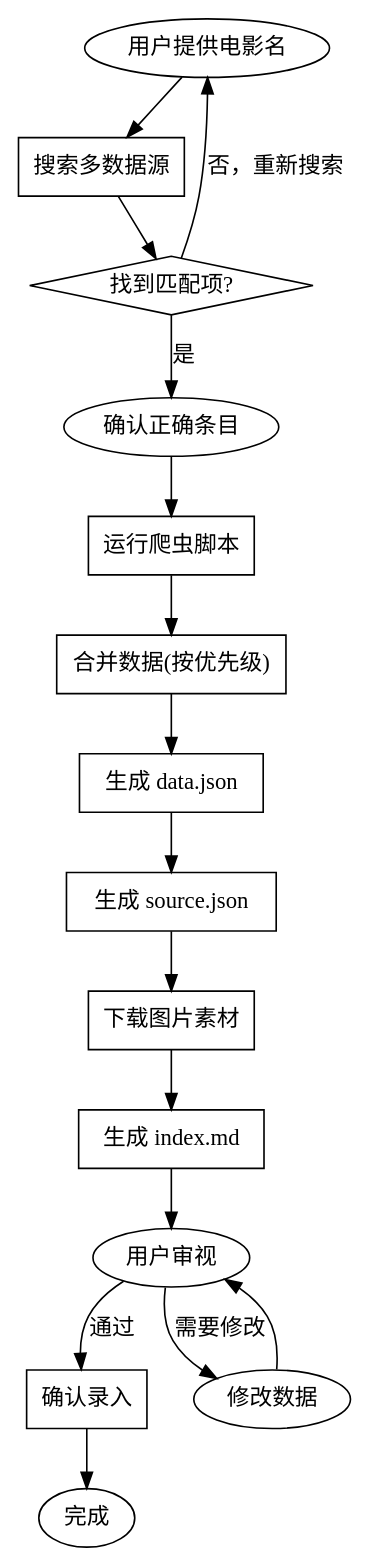
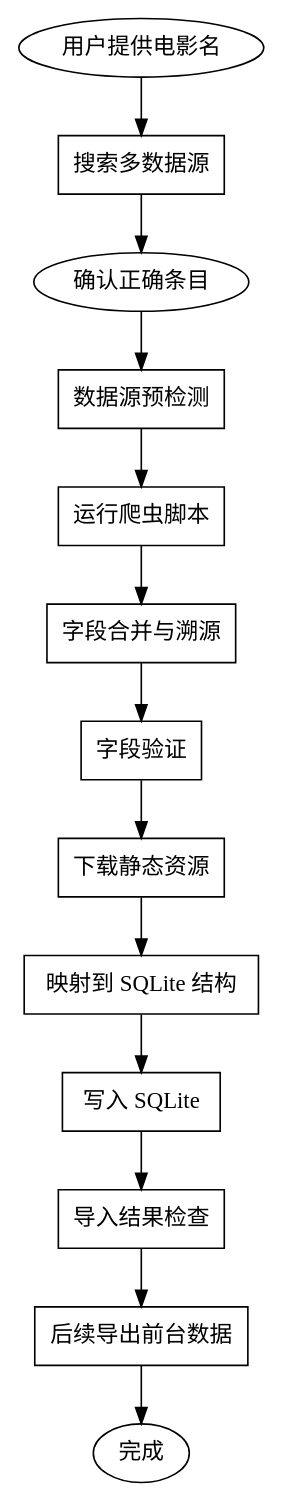
Before and after one commit to Closerdoor/Treasure: the diagram in .opencode/skills/movie-entry-workflow/SKILL.md, drawn with Graphviz. The commit also changed other lines of this file and 19 other files, not shown here.

````diff
--- a/.opencode/skills/movie-entry-workflow/SKILL.md
+++ b/.opencode/skills/movie-entry-workflow/SKILL.md
@@ -53,35 +98,32 @@
 ```dot
 digraph workflow {
     rankdir=TB;
-    
+
     "用户提供电影名" [shape=ellipse];
     "搜索多数据源" [shape=box];
-    "找到匹配项?" [shape=diamond];
     "确认正确条目" [shape=ellipse];
+    "数据源预检测" [shape=box];
     "运行爬虫脚本" [shape=box];
-    "合并数据(按优先级)" [shape=box];
-    "生成 data.json" [shape=box];
-    "生成 source.json" [shape=box];
-    "下载图片素材" [shape=box];
-    "生成 index.md" [shape=box];
-    "用户审视" [shape=ellipse];
-    "确认录入" [shape=box];
+    "字段合并与溯源" [shape=box];
+    "字段验证" [shape=box];
+    "下载静态资源" [shape=box];
+    "映射到 SQLite 结构" [shape=box];
+    "写入 SQLite" [shape=box];
+    "导入结果检查" [shape=box];
+    "后续导出前台数据" [shape=box];
     "完成" [shape=ellipse];
-    
+
     "用户提供电影名" -> "搜索多数据源";
-    "搜索多数据源" -> "找到匹配项?";
-    "找到匹配项?" -> "确认正确条目" [label="是"];
-    "找到匹配项?" -> "用户提供电影名" [label="否，重新搜索"];
-    "确认正确条目" -> "运行爬虫脚本";
-    "运行爬虫脚本" -> "合并数据(按优先级)";
-    "合并数据(按优先级)" -> "生成 data.json";
-    "生成 data.json" -> "生成 source.json";
-    "生成 source.json" -> "下载图片素材";
-    "下载图片素材" -> "生成 index.md";
-    "生成 index.md" -> "用户审视";
-    "用户审视" -> "确认录入" [label="通过"];
-    "用户审视" -> "修改数据" [label="需要修改"];
-    "修改数据" -> "用户审视";
-    "确认录入" -> "完成";
+    "搜索多数据源" -> "确认正确条目";
+    "确认正确条目" -> "数据源预检测";
+    "数据源预检测" -> "运行爬虫脚本";
+    "运行爬虫脚本" -> "字段合并与溯源";
+    "字段合并与溯源" -> "字段验证";
+    "字段验证" -> "下载静态资源";
+    "下载静态资源" -> "映射到 SQLite 结构";
+    "映射到 SQLite 结构" -> "写入 SQLite";
+    "写入 SQLite" -> "导入结果检查";
+    "导入结果检查" -> "后续导出前台数据";
+    "后续导出前台数据" -> "完成";
 }
 ```
````
